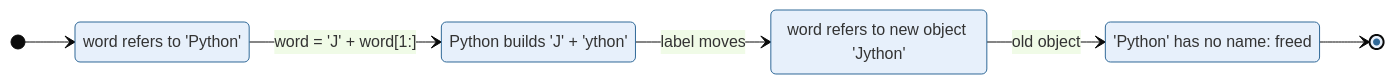
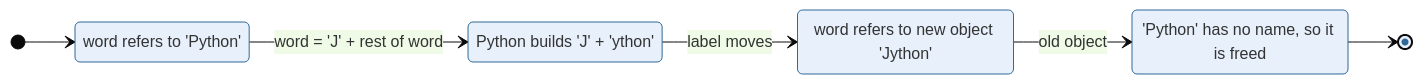
One commit to ajay-nikumbh/Python-Programming-Complete-Course changed the third of 10 diagrams in 03.1 Strings/README.md. Above: the diagram before and after it, drawn with Mermaid. The commit also changed other lines of this file and 2 other files, not shown here.

First line of the commit message:
docs: fix mermaid diagrams that failed to render

````diff
--- a/03.1 Strings/README.md
+++ b/03.1 Strings/README.md
@@ -468,14 +468,14 @@
 ```mermaid
 %%{init: {"theme": "base", "themeVariables": {"fontFamily": "Verdana", "primaryColor": "#e7f0fb", "primaryBorderColor": "#306998"}}}%%
 stateDiagram-v2
     direction LR
     state "word refers to 'Python'" as A
     state "Python builds 'J' + 'ython'" as B
     state "word refers to new object 'Jython'" as C
-    state "'Python' has no name: freed" as D
+    state "'Python' has no name, so it is freed" as D
     [*] --> A
-    A --> B: word = 'J' + word[1:]
+    A --> B: word = 'J' + rest of word
     B --> C: label moves
     C --> D: old object
     D --> [*]
 ```
````
